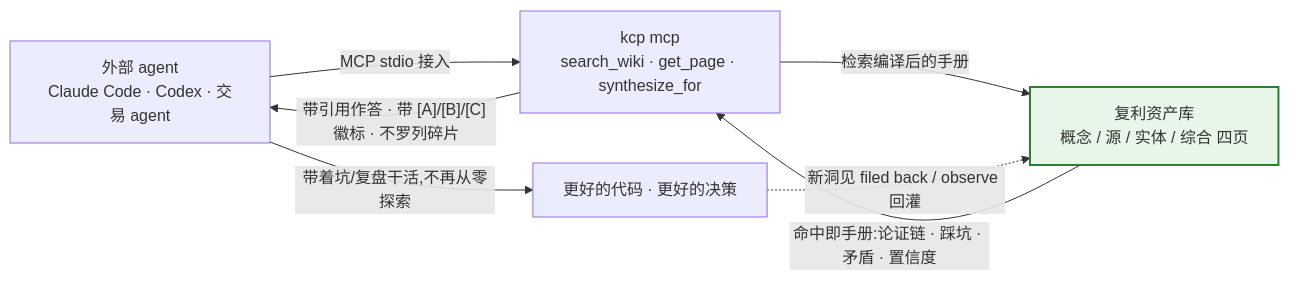
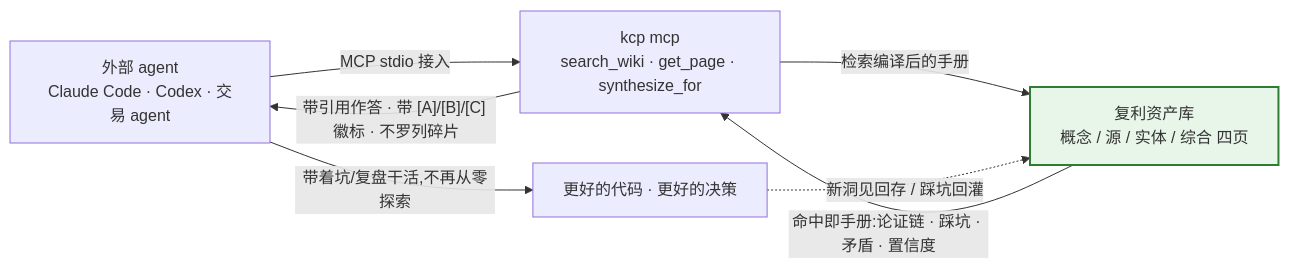
The first of 3 diagrams in README.md (gcc2ge/knowledge-compounder), drawn with Mermaid before and after one commit. The commit also changed other lines of this file, not shown here.

````diff
--- a/README.md
+++ b/README.md
@@ -27,15 +29,15 @@
 ```mermaid
 graph LR
     A["外部 agent<br/>Claude Code · Codex · 交易 agent"]
     B["kcp mcp<br/>search_wiki · get_page · synthesize_for"]
     C["复利资产库<br/>概念 / 源 / 实体 / 综合 四页"]
 
     A -->|MCP stdio 接入| B -->|检索编译后的手册| C
     C -->|"命中即手册:论证链 · 踩坑 · 矛盾 · 置信度"| B
     B -->|"带引用作答 · 带 [A]/[B]/[C] 徽标 · 不罗列碎片"| A
     A -->|"带着坑/复盘干活,不再从零探索"| D["更好的代码 · 更好的决策"]
-    D -.->|"新洞见 filed back / observe 回灌"| C
+    D -.->|"新洞见回存 / 踩坑回灌"| C
 
     classDef asset fill:#e8f5e9,stroke:#2e7d32,stroke-width:2px
     class C asset
 ```
````
